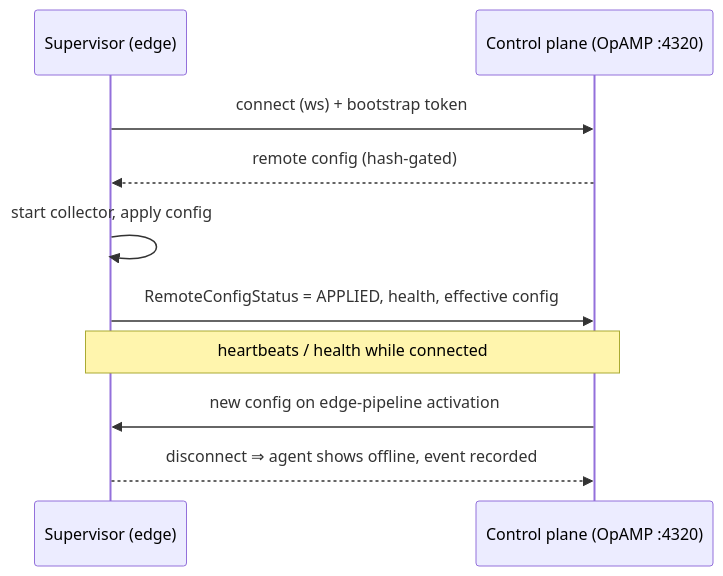
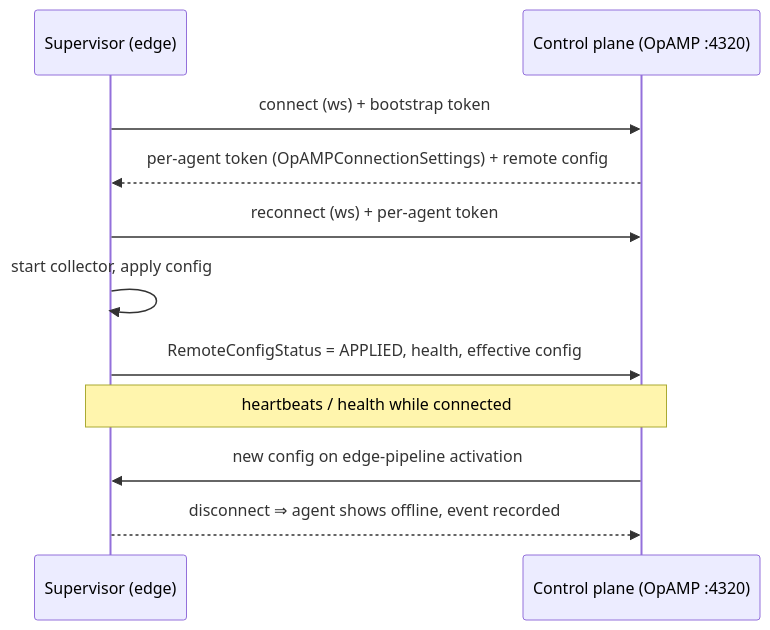
The diagram in docs/guides/edge-agents.md (jansagurna/otelfleet), drawn with Mermaid before and after one commit. The commit also changed other lines of this file and 15 other files, not shown here.

````diff
--- a/docs/guides/edge-agents.md
+++ b/docs/guides/edge-agents.md
@@ -45,12 +45,13 @@
 ```mermaid
 sequenceDiagram
     participant Sup as Supervisor (edge)
     participant CP as Control plane (OpAMP :4320)
     Sup->>CP: connect (ws) + bootstrap token
-    CP-->>Sup: remote config (hash-gated)
+    CP-->>Sup: per-agent token (OpAMPConnectionSettings) + remote config
+    Sup->>CP: reconnect (ws) + per-agent token
     Sup->>Sup: start collector, apply config
     Sup->>CP: RemoteConfigStatus = APPLIED, health, effective config
     Note over Sup,CP: heartbeats / health while connected
     CP->>Sup: new config on edge-pipeline activation
     Sup-->>CP: disconnect ⇒ agent shows offline, event recorded
 ```
````
